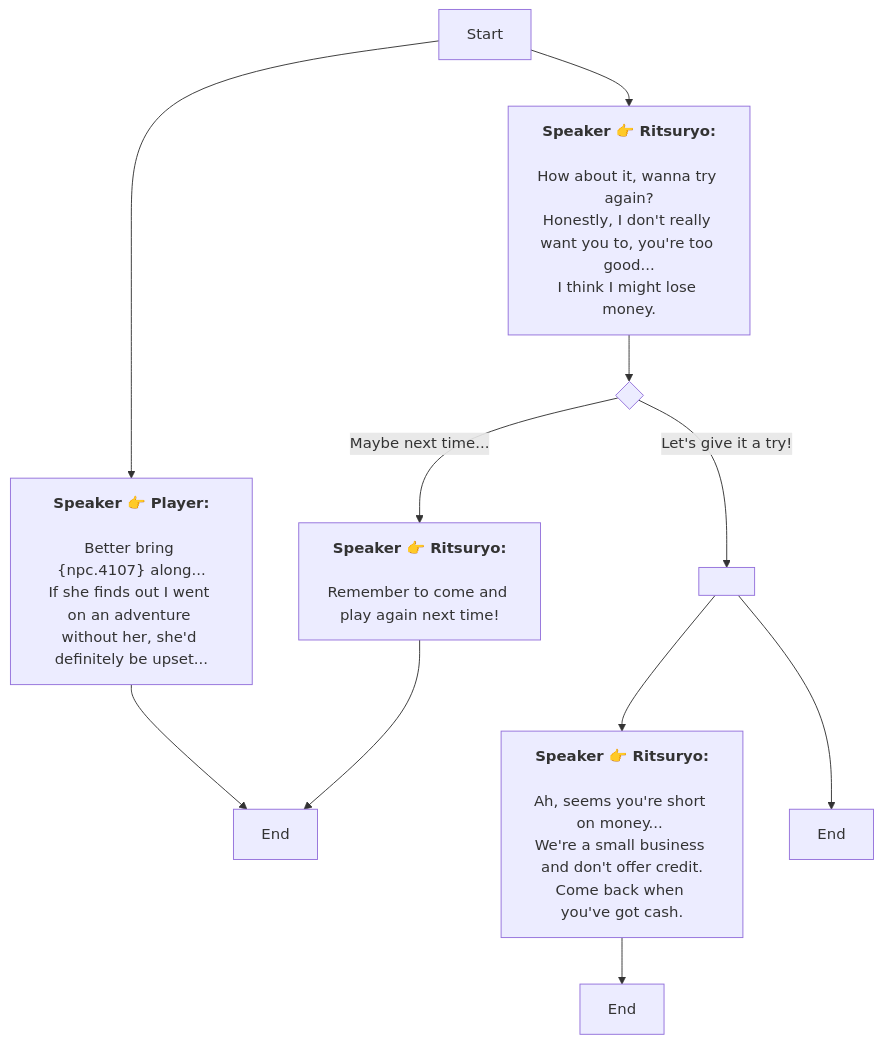
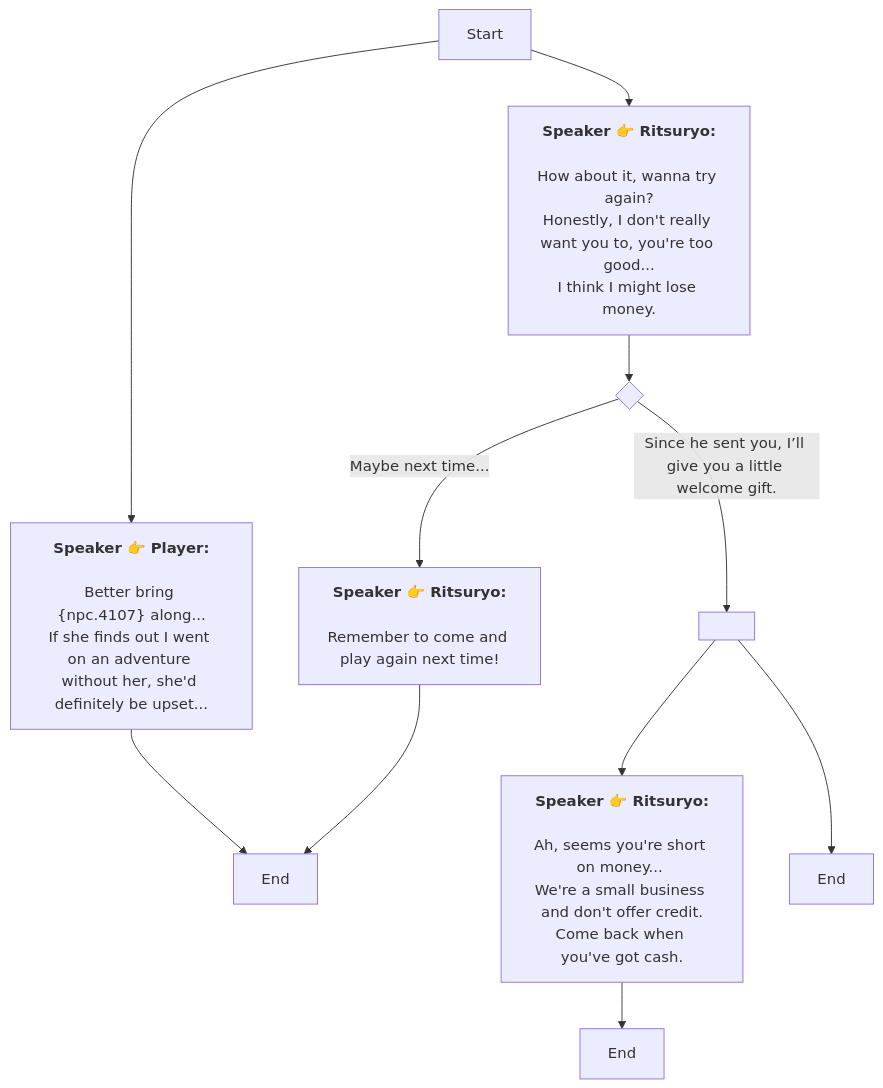
Before and after one commit to SoftHu/tos_avg: the diagram in En/QuestTalkObjectiveNode_1739410552888537.md, drawn with Mermaid. The commit also changed 228 other files, not shown here.

````diff
--- a/En/QuestTalkObjectiveNode_1739410552888537.md
+++ b/En/QuestTalkObjectiveNode_1739410552888537.md
@@ -1,27 +1,27 @@
 ```mermaid
 graph
 Start -->1739504933044474[<b>Speaker 👉 Player:</b>
 
 Better bring &lbrace;npc.4107&rbrace; along...
 If she finds out I went on an adventure without her, she'd definitely be upset...]
 Start -->1739410623403237[<b>Speaker 👉 Ritsuryo:</b>
 
 How about it, wanna try again?
 Honestly, I don't really want you to, you're too good...
 I think I might lose money.]
 1739504933044474 -->1739410623404265[End]
 1739410623403237 -->1739410623404264{ }
-1739410623404264 -->|Let's give it a try!|1739410623404266[ ]
+1739410623404264 -->|Since he sent you, I’ll give you a little welcome gift.|1739410623404266[ ]
 1739410623404264 -->|Maybe next time...|1739505152025853[<b>Speaker 👉 Ritsuryo:</b>
 
 Remember to come and play again next time!]
 1739410623404266 -->1739410623405292[<b>Speaker 👉 Ritsuryo:</b>
 
 Ah, seems you're short on money... 
 We're a small business and don't offer credit.
 Come back when you've got cash.]
 1739410623404266 -->1739410623404267[End]
 1739410623405292 -->1739410623405293[End]
 1739505152025853 -->1739410623404265[End]
 
  ```
````
